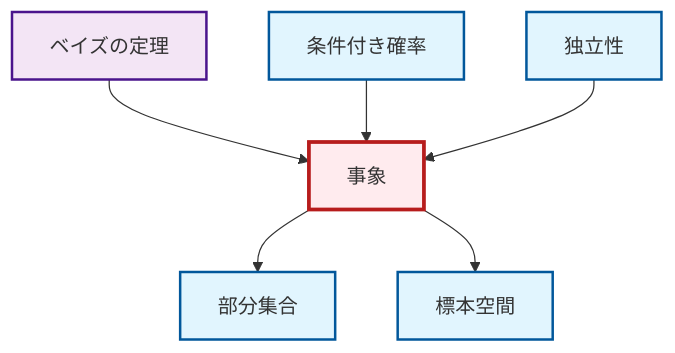
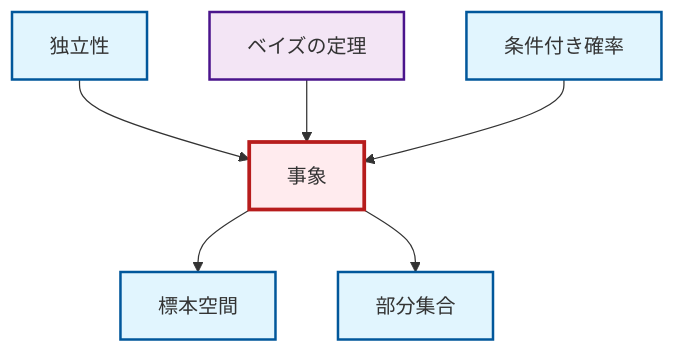
Before and after one commit to RK0429/ModernMath: the diagram in output/mermaid/ja/def-event.mermaid, drawn with Mermaid. The commit also changed other lines of this file and 1707 other files, not shown here.

```diff
--- a/output/mermaid/ja/def-event.mermaid
+++ b/output/mermaid/ja/def-event.mermaid
@@ -1,18 +1,18 @@
 graph TD
     classDef definition fill:#e1f5fe,stroke:#01579b,stroke-width:2px
     classDef theorem fill:#f3e5f5,stroke:#4a148c,stroke-width:2px
     classDef axiom fill:#fff3e0,stroke:#e65100,stroke-width:2px
     classDef example fill:#e8f5e9,stroke:#1b5e20,stroke-width:2px
     classDef current fill:#ffebee,stroke:#b71c1c,stroke-width:3px
+    def-subset["部分集合"]:::definition
+    def-independence["独立性"]:::definition
     def-sample-space["標本空間"]:::definition
     thm-bayes["ベイズの定理"]:::theorem
+    def-event["事象"]:::definition
     def-conditional-probability["条件付き確率"]:::definition
-    def-independence["独立性"]:::definition
-    def-subset["部分集合"]:::definition
-    def-event["事象"]:::definition
+    def-independence --> def-event
+    def-event --> def-sample-space
     thm-bayes --> def-event
+    def-event --> def-subset
     def-conditional-probability --> def-event
-    def-independence --> def-event
-    def-event --> def-subset
-    def-event --> def-sample-space
     class def-event current
```
